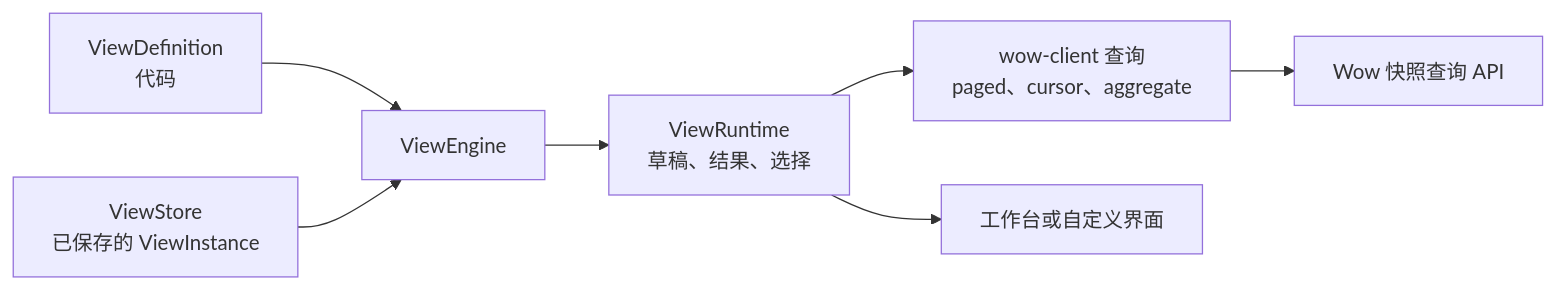
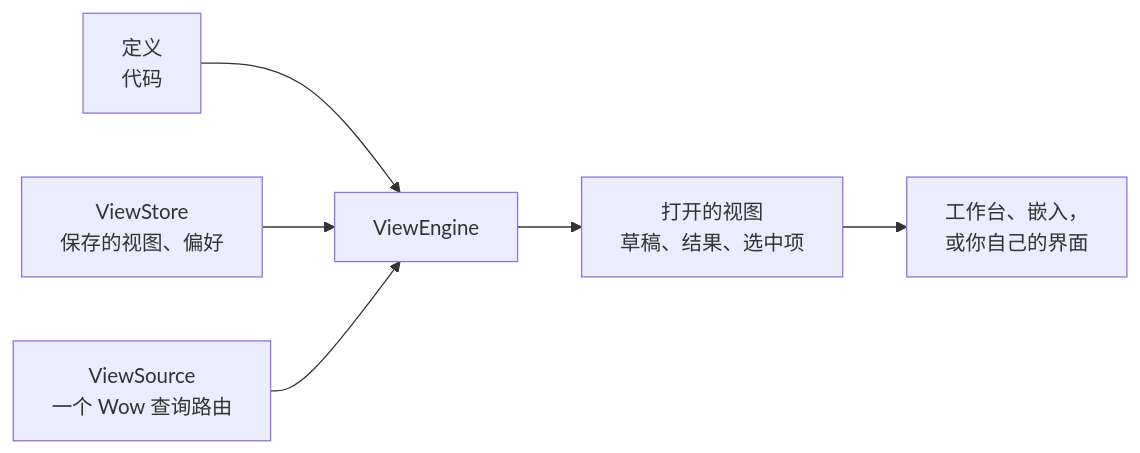
Before and after one commit to Ahoo-Wang/Wow: the diagram in documentation/docs/zh/typescript/view-engine/index.md, drawn with Mermaid. The commit also changed other lines of this file and 9 other files, not shown here.

Commit message:
docs(v10): the Chinese view engine pages and the workbench page (W0 group 5, zh)

````diff
--- a/documentation/docs/zh/typescript/view-engine/index.md
+++ b/documentation/docs/zh/typescript/view-engine/index.md
@@ -56,9 +30,8 @@
 ```mermaid
 flowchart LR
-    Definition["ViewDefinition<br>代码"] --> Engine["ViewEngine"]
-    Store["ViewStore<br>已保存的 ViewInstance"] --> Engine
-    Engine --> Runtime["ViewRuntime<br>草稿、结果、选择"]
-    Runtime --> Query["wow-client 查询<br>paged、cursor、aggregate"]
-    Query --> Server["Wow 快照查询 API"]
-    Runtime --> UI["工作台或自定义界面"]
+    Definition["定义<br>代码"] --> Engine["ViewEngine"]
+    Store["ViewStore<br>保存的视图、偏好"] --> Engine
+    Source["ViewSource<br>一个 Wow 查询路由"] --> Engine
+    Engine --> Runtime["打开的视图<br>草稿、结果、选中项"]
+    Runtime --> UI["工作台、嵌入，<br>或你自己的界面"]
 ```
````
